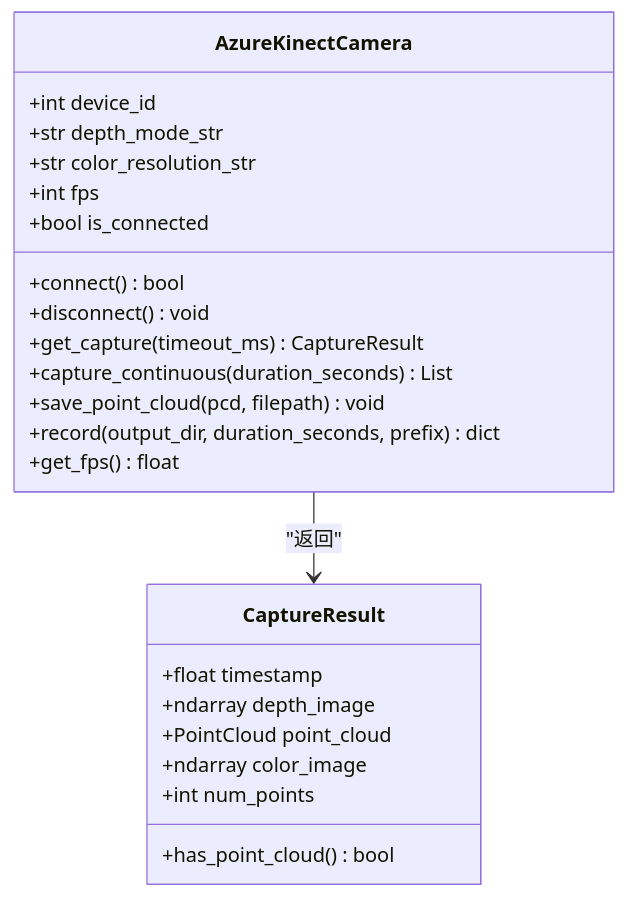
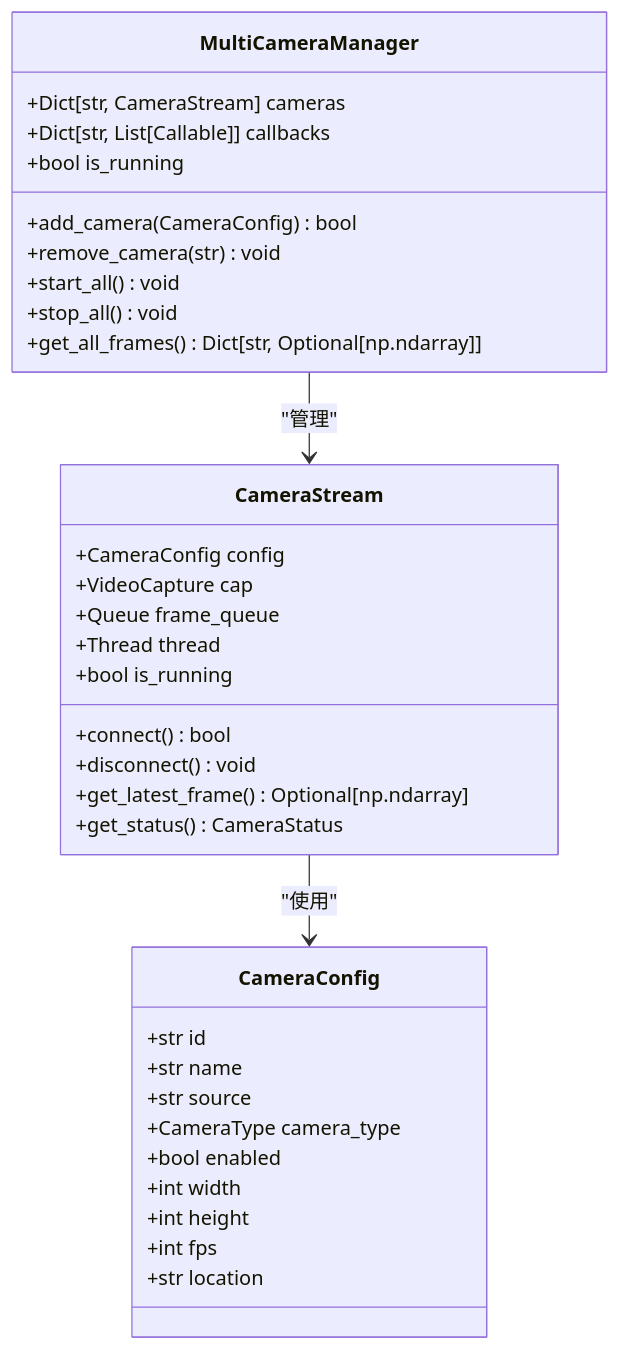
One commit to nanfeng2021/fall-detection-system changed the third of 6 diagrams in .qoder/repowiki/zh/content/开发指南/开发指南.md. Above: the diagram before and after it, drawn with Mermaid. The commit also changed other lines of this file and 16 other files, not shown here.

````diff
--- a/.qoder/repowiki/zh/content/开发指南/开发指南.md
+++ b/.qoder/repowiki/zh/content/开发指南/开发指南.md
@@ -132,26 +179,37 @@
 ```mermaid
 classDiagram
-class AzureKinectCamera {
-+int device_id
-+str depth_mode_str
-+str color_resolution_str
-+int fps
-+bool is_connected
+class MultiCameraManager {
++Dict[str, CameraStream] cameras
++Dict[str, List[Callable]] callbacks
++bool is_running
++add_camera(CameraConfig) bool
++remove_camera(str) void
++start_all() void
++stop_all() void
++get_all_frames() Dict[str, Optional[np.ndarray]]
+}
+class CameraStream {
++CameraConfig config
++VideoCapture cap
++Queue frame_queue
++Thread thread
++bool is_running
 +connect() bool
 +disconnect() void
-+get_capture(timeout_ms) CaptureResult
-+capture_continuous(duration_seconds) List
-+save_point_cloud(pcd, filepath) void
-+record(output_dir, duration_seconds, prefix) dict
-+get_fps() float
++get_latest_frame() Optional[np.ndarray]
++get_status() CameraStatus
 }
-class CaptureResult {
-+float timestamp
-+ndarray depth_image
-+PointCloud point_cloud
-+ndarray color_image
-+int num_points
-+has_point_cloud() bool
+class CameraConfig {
++str id
++str name
++str source
++CameraType camera_type
++bool enabled
++int width
++int height
++int fps
++str location
 }
-AzureKinectCamera --> CaptureResult : "返回"
+MultiCameraManager --> CameraStream : "管理"
+CameraStream --> CameraConfig : "使用"
 ```
````
